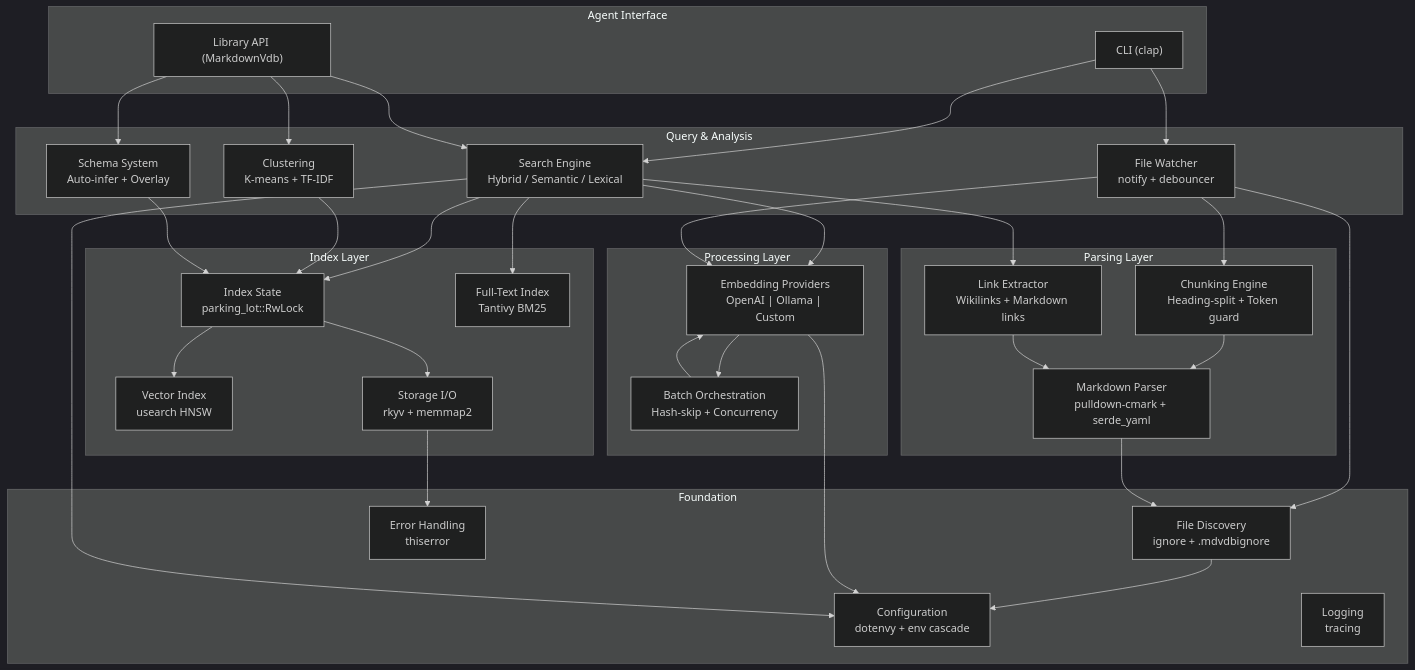
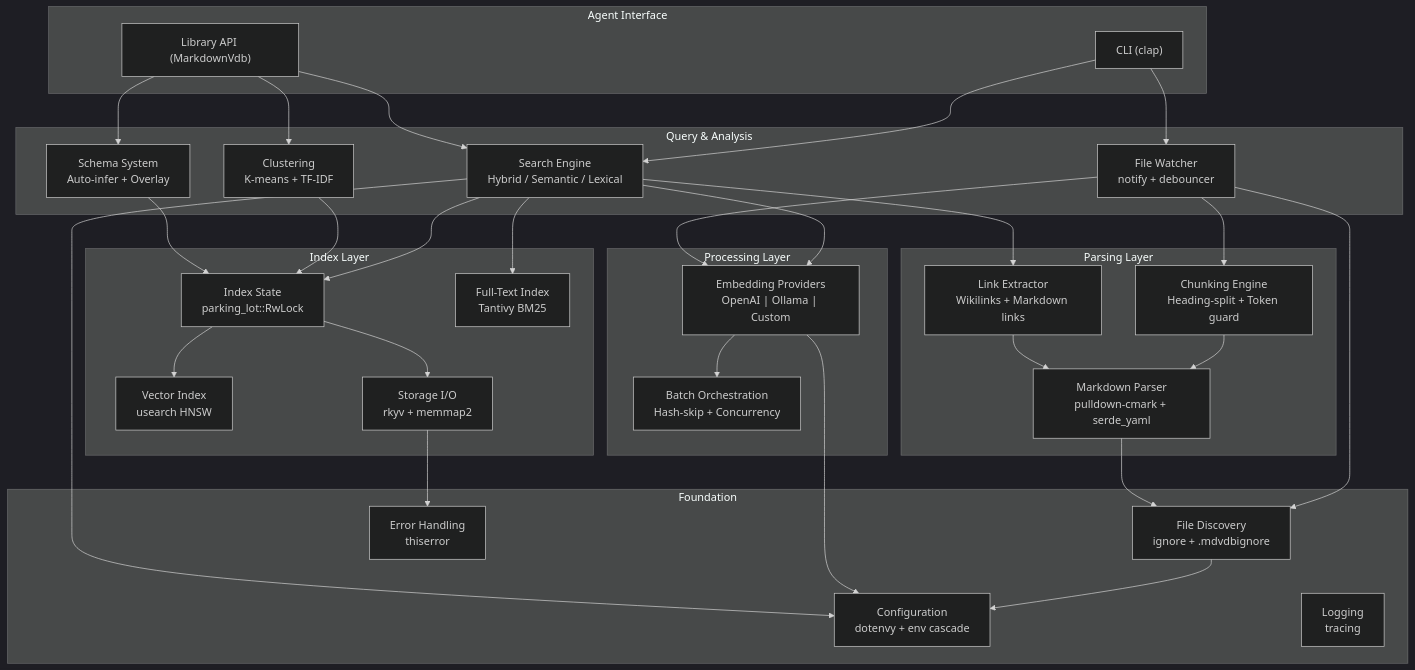
Before and after one commit to geckse/markdown-vdb: the first of 7 diagrams in docs/whitepaper/whitepaper.md, drawn with Mermaid (dark theme). The commit also changed other lines of this file, not shown here.

````diff
--- a/docs/whitepaper/whitepaper.md
+++ b/docs/whitepaper/whitepaper.md
@@ -128,72 +128,71 @@
 ```mermaid
 graph TB
     subgraph "Agent Interface"
         CLI["CLI (clap)"]
         LIB["Library API (MarkdownVdb)"]
     end
 
     subgraph "Query & Analysis"
         SEARCH["Search Engine<br/>Hybrid / Semantic / Lexical"]
         SCHEMA["Schema System<br/>Auto-infer + Overlay"]
         CLUSTER["Clustering<br/>K-means + TF-IDF"]
         WATCH["File Watcher<br/>notify + debouncer"]
     end
 
     subgraph "Index Layer"
         IDX["Index State<br/>parking_lot::RwLock"]
         HNSW["Vector Index<br/>usearch HNSW"]
         FTS["Full-Text Index<br/>Tantivy BM25"]
         STORE["Storage I/O<br/>rkyv + memmap2"]
     end
 
     subgraph "Processing Layer"
         EMBED["Embedding Providers<br/>OpenAI | Ollama | Custom"]
         BATCH["Batch Orchestration<br/>Hash-skip + Concurrency"]
     end
 
     subgraph "Parsing Layer"
         CHUNK["Chunking Engine<br/>Heading-split + Token guard"]
         PARSE["Markdown Parser<br/>pulldown-cmark + serde_yaml"]
         LINKS["Link Extractor<br/>Wikilinks + Markdown links"]
     end
 
     subgraph "Foundation"
         DISC["File Discovery<br/>ignore + .mdvdbignore"]
         CONF["Configuration<br/>dotenvy + env cascade"]
         ERR["Error Handling<br/>thiserror"]
         LOG["Logging<br/>tracing"]
     end
 
     CLI --> SEARCH
     CLI --> WATCH
     LIB --> SEARCH
     LIB --> CLUSTER
     LIB --> SCHEMA
 
     SEARCH --> IDX
     SEARCH --> FTS
     SEARCH --> EMBED
     SEARCH --> LINKS
 
     WATCH --> DISC
     WATCH --> CHUNK
     WATCH --> EMBED
 
     CLUSTER --> IDX
     SCHEMA --> IDX
 
     IDX --> HNSW
     IDX --> STORE
 
     EMBED --> BATCH
-    BATCH --> EMBED
 
     CHUNK --> PARSE
     PARSE --> DISC
     LINKS --> PARSE
 
     DISC --> CONF
     STORE --> ERR
     EMBED --> CONF
     SEARCH --> CONF
 ```
````
